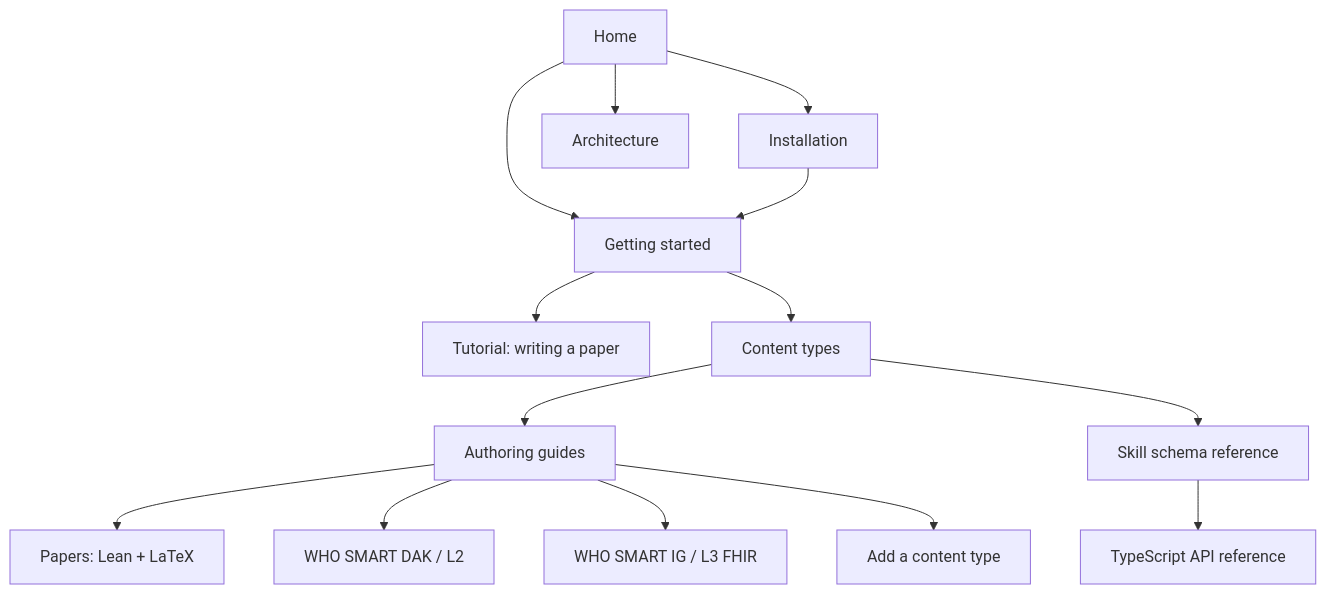
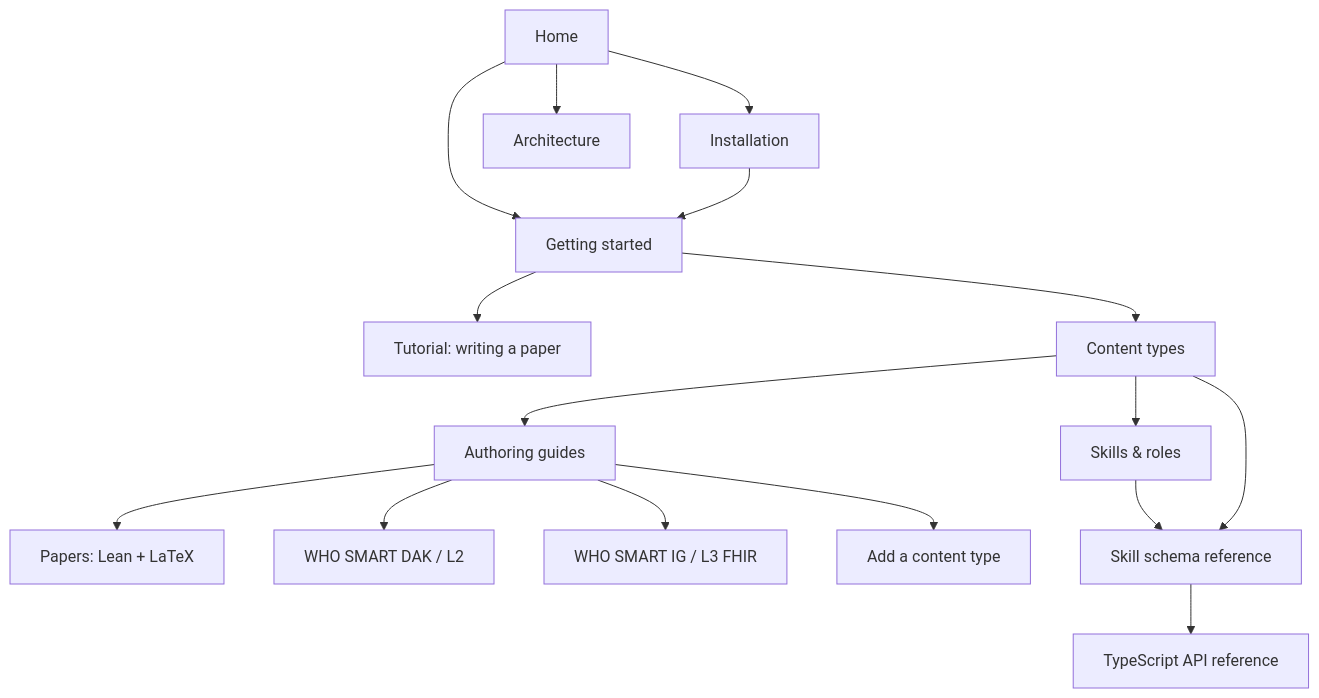
One commit to litlfred/folio-assistant changed the second of 2 diagrams in docs/index.md. Above: the diagram before and after it, drawn with Mermaid. The commit also changed other lines of this file and 7 other files, not shown here.

First line of the commit message:
docs: add Skills & roles page; link it throughout

````diff
--- a/docs/index.md
+++ b/docs/index.md
@@ -75,29 +76,32 @@
 ```mermaid
 flowchart TD
     Home --> Install[Installation]
     Home --> GS[Getting started]
     Install --> GS
     GS --> Tut[Tutorial: writing a paper]
     GS --> CT[Content types]
+    CT --> Skills[Skills & roles]
     CT --> Guides[Authoring guides]
     Guides --> Paper[Papers: Lean + LaTeX]
     Guides --> DAK[WHO SMART DAK / L2]
     Guides --> IG[WHO SMART IG / L3 FHIR]
     Guides --> New[Add a content type]
-    CT --> Ref[Skill schema reference]
+    Skills --> Ref[Skill schema reference]
+    CT --> Ref
     Ref --> API[TypeScript API reference]
     Home --> Arch[Architecture]
 
+    click Skills "skills.html" "Skills & roles"
     click Install "installation.html" "Installation"
     click GS "getting-started.html" "Getting started"
     click Tut "guides/writing-a-paper.html" "Tutorial: writing a paper"
     click CT "content-types.html" "Content types"
     click Guides "guides/" "Authoring guides"
     click Paper "guides/writing-a-paper.html" "Papers: Lean + LaTeX"
     click DAK "guides/who-smart-dak.html" "WHO SMART DAK (L2)"
     click IG "guides/who-smart-ig.html" "WHO SMART IG (L3 FHIR)"
     click New "guides/new-content-type.html" "Add a content type"
     click Ref "reference/skills/" "Skill schema reference"
     click API "api/" "TypeScript API reference"
     click Arch "architecture.html" "Architecture"
 ```
````
